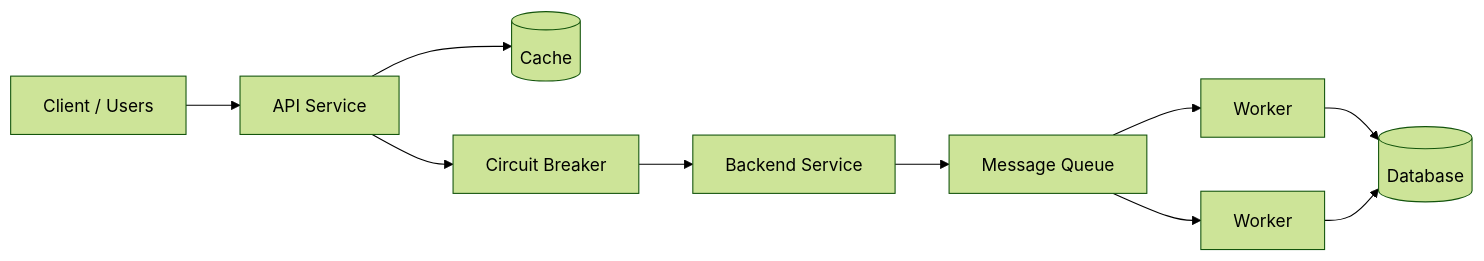
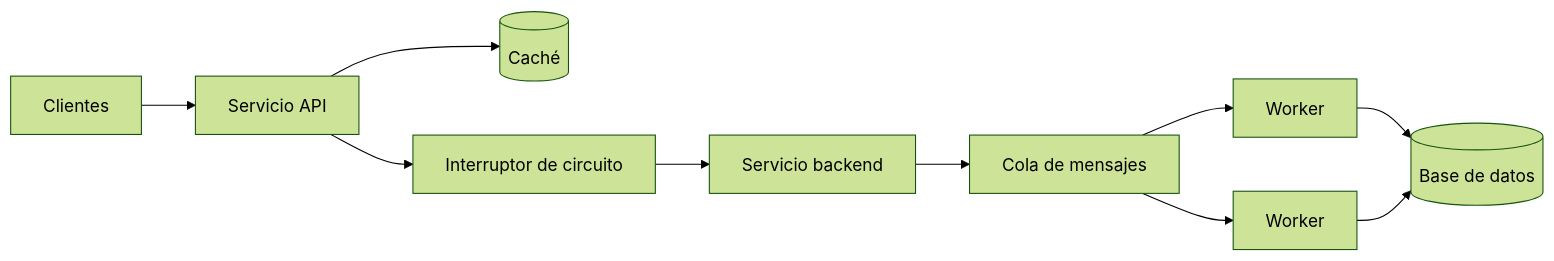
Before and after one commit to albertoruizmb/albertoruizmb.github.io: the first of 4 diagrams in _es_posts/2026-02-13-es-cloud-architecture-patterns.md, drawn with Mermaid (forest theme). The commit also changed other lines of this file and 1 other file, not shown here.

Commit message:
Publish cloud architecture patterns article in ES and EN

````diff
--- a/_es_posts/2026-02-13-es-cloud-architecture-patterns.md
+++ b/_es_posts/2026-02-13-es-cloud-architecture-patterns.md
@@ -38,18 +29,16 @@
-``` mermaid
+<pre class="mermaid">
 flowchart LR
-    Client[Client / Users] --> API[API Service]
+    Client[Clientes] --> API[Servicio API]
 
-    API --> Cache[(Cache)]
+    API --> Cache[(Caché)]
+    API --> Circuit[Interruptor de circuito]
 
-    API --> Circuit[Circuit Breaker]
-
-    Circuit --> Service[Backend Service]
-
-    Service --> Queue[Message Queue]
+    Circuit --> Service[Servicio backend]
+    Service --> Queue[Cola de mensajes]
 
     Queue --> Worker1[Worker]
     Queue --> Worker2[Worker]
 
-    Worker1 --> DB[(Database)]
+    Worker1 --> DB[(Base de datos)]
     Worker2 --> DB
-```
+</pre>
````
